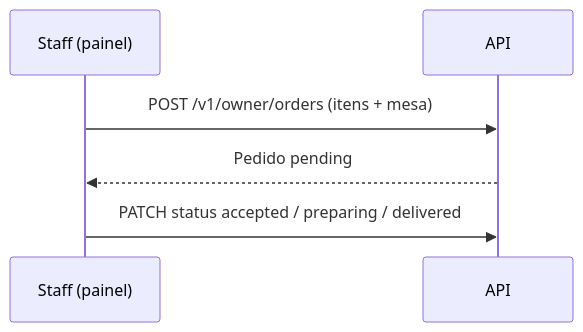
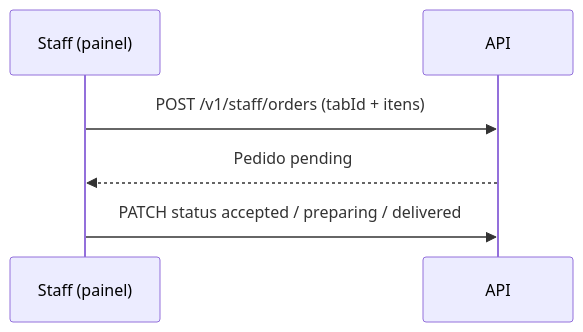
The second of 7 diagrams in docs/product/fluxos.md (filiperamosds/eaimesa-frontend), drawn with Mermaid before and after one commit. The commit also changed other lines of this file and 14 other files, not shown here.

````diff
--- a/docs/product/fluxos.md
+++ b/docs/product/fluxos.md
@@ -35,9 +35,9 @@
 ```mermaid
 sequenceDiagram
   participant S as Staff (painel)
   participant API as API
 
-  S->>API: POST /v1/owner/orders (itens + mesa)
+  S->>API: POST /v1/staff/orders (tabId + itens)
   API-->>S: Pedido pending
   S->>API: PATCH status accepted / preparing / delivered
 ```
````
